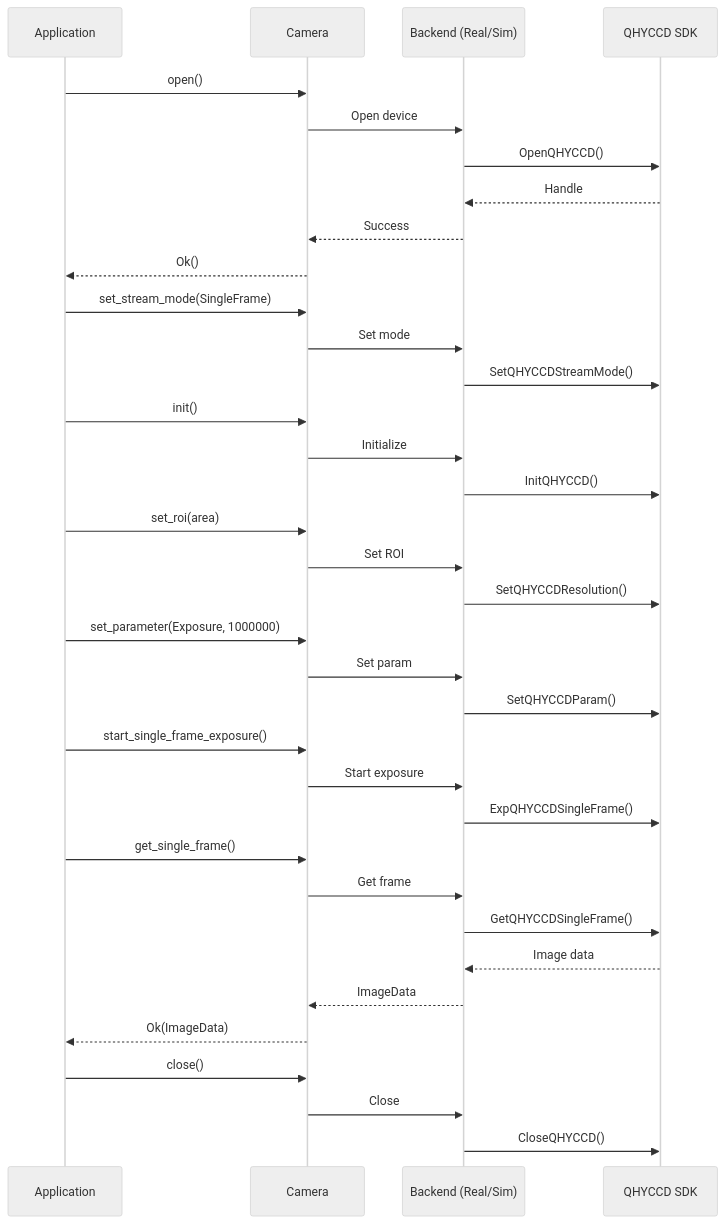
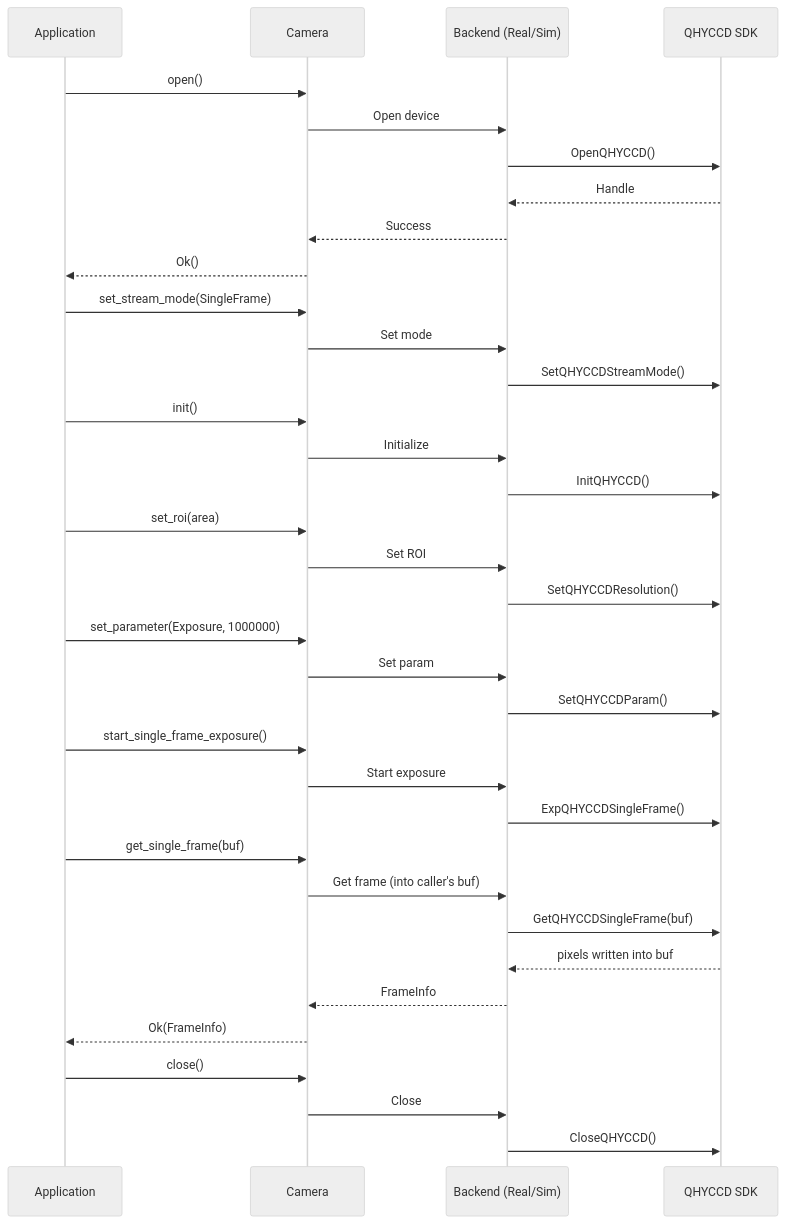
The sixth of 19 diagrams in crates/qhyccd-rs/docs/qhyccd-rs.md (ivonnyssen/rusty-photon), drawn with Mermaid (neutral theme) before and after one commit. The commit also changed other lines of this file and 2 other files, not shown here.

First line of the commit message:
docs(qhyccd-rs): document Phase 5 (module consolidation + caller-owned frame buffer)

````diff
--- a/crates/qhyccd-rs/docs/qhyccd-rs.md
+++ b/crates/qhyccd-rs/docs/qhyccd-rs.md
@@ -229,45 +229,45 @@
 ```mermaid
 sequenceDiagram
     participant App as Application
     participant Cam as Camera
     participant Backend as Backend (Real/Sim)
     participant SDK as QHYCCD SDK
 
     App->>Cam: open()
     Cam->>Backend: Open device
     Backend->>SDK: OpenQHYCCD()
     SDK-->>Backend: Handle
     Backend-->>Cam: Success
     Cam-->>App: Ok()
 
     App->>Cam: set_stream_mode(SingleFrame)
     Cam->>Backend: Set mode
     Backend->>SDK: SetQHYCCDStreamMode()
 
     App->>Cam: init()
     Cam->>Backend: Initialize
     Backend->>SDK: InitQHYCCD()
 
     App->>Cam: set_roi(area)
     Cam->>Backend: Set ROI
     Backend->>SDK: SetQHYCCDResolution()
 
     App->>Cam: set_parameter(Exposure, 1000000)
     Cam->>Backend: Set param
     Backend->>SDK: SetQHYCCDParam()
 
     App->>Cam: start_single_frame_exposure()
     Cam->>Backend: Start exposure
     Backend->>SDK: ExpQHYCCDSingleFrame()
 
-    App->>Cam: get_single_frame()
-    Cam->>Backend: Get frame
-    Backend->>SDK: GetQHYCCDSingleFrame()
-    SDK-->>Backend: Image data
-    Backend-->>Cam: ImageData
-    Cam-->>App: Ok(ImageData)
+    App->>Cam: get_single_frame(buf)
+    Cam->>Backend: Get frame (into caller's buf)
+    Backend->>SDK: GetQHYCCDSingleFrame(buf)
+    SDK-->>Backend: pixels written into buf
+    Backend-->>Cam: FrameInfo
+    Cam-->>App: Ok(FrameInfo)
 
     App->>Cam: close()
     Cam->>Backend: Close
     Backend->>SDK: CloseQHYCCD()
 ```
````
